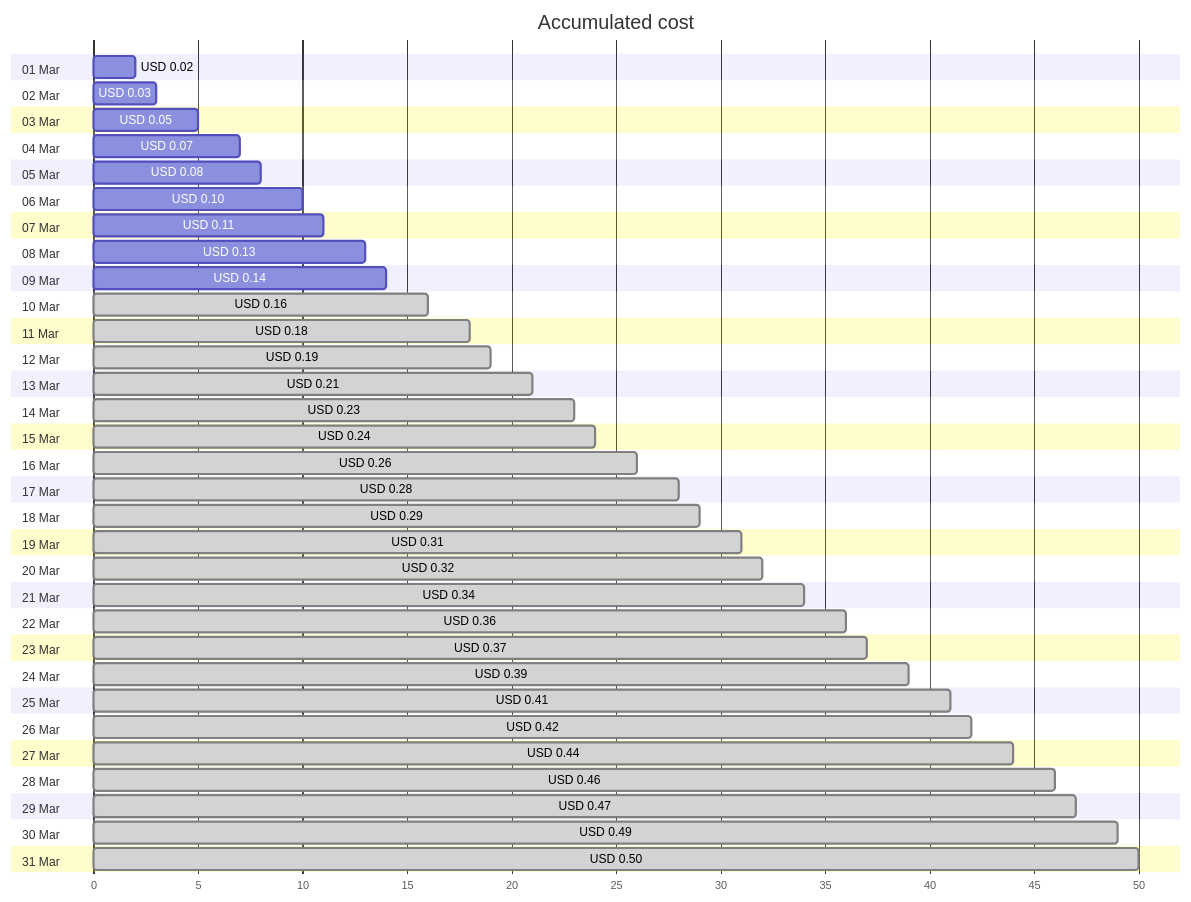
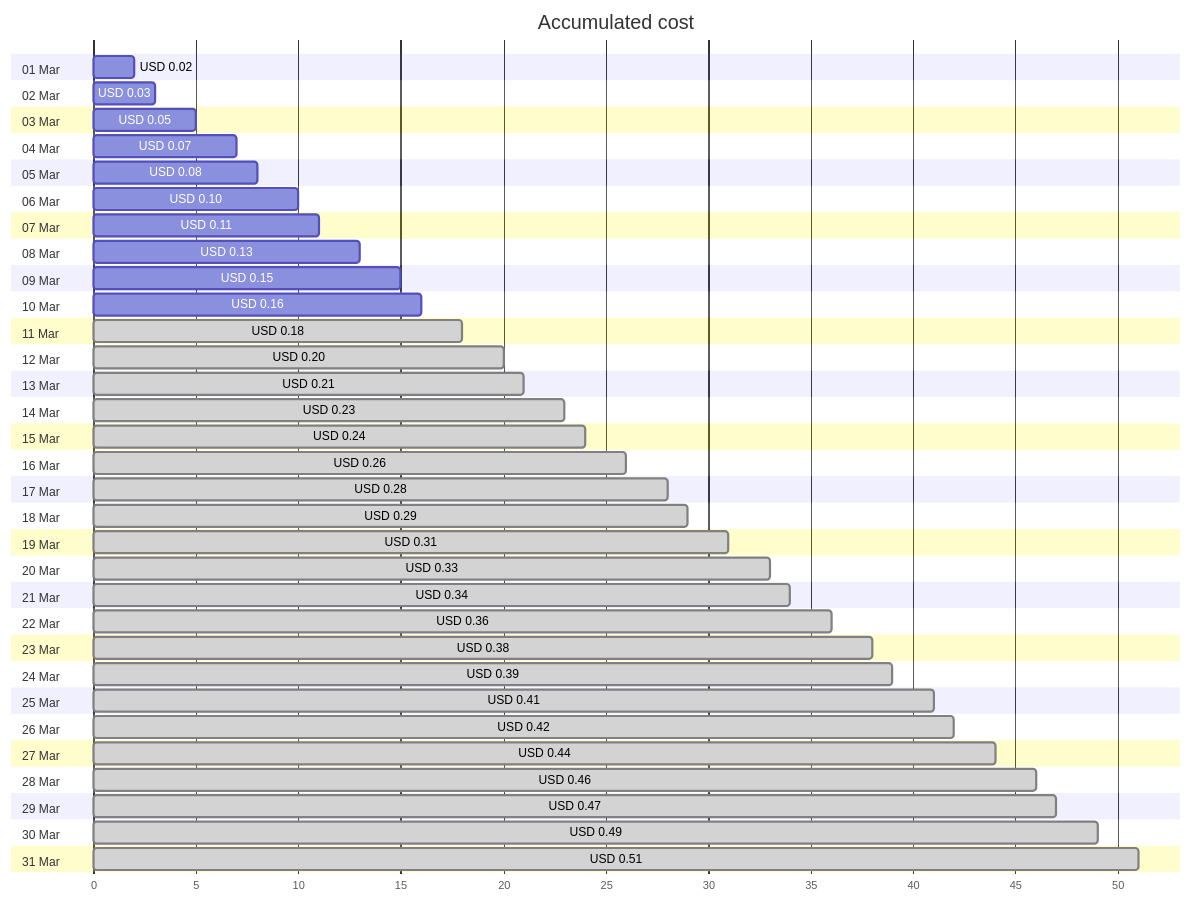
Before and after one commit to jpfulton/azure-personal-reports: the first of 4 diagrams in cost-reports/personal-dns/jpatrickfulton.com.md, drawn with Mermaid. The commit also changed other lines of this file and 2 other files, not shown here.

````diff
--- a/cost-reports/personal-dns/jpatrickfulton.com.md
+++ b/cost-reports/personal-dns/jpatrickfulton.com.md
@@ -20,68 +20,68 @@
 ```mermaid
 gantt
    title Accumulated cost
    dateFormat  X
    axisFormat %s
    section 01 Mar
    USD 0.02 :0, 2
    section 02 Mar
    USD 0.03 :0, 3
    section 03 Mar
    USD 0.05 :0, 5
    section 04 Mar
    USD 0.07 :0, 7
    section 05 Mar
    USD 0.08 :0, 8
    section 06 Mar
    USD 0.10 :0, 10
    section 07 Mar
    USD 0.11 :0, 11
    section 08 Mar
    USD 0.13 :0, 13
    section 09 Mar
-   USD 0.14 :0, 14
+   USD 0.15 :0, 15
    section 10 Mar
-   USD 0.16 : done, 0, 16
+   USD 0.16 :0, 16
    section 11 Mar
    USD 0.18 : done, 0, 18
    section 12 Mar
-   USD 0.19 : done, 0, 19
+   USD 0.20 : done, 0, 20
    section 13 Mar
    USD 0.21 : done, 0, 21
    section 14 Mar
    USD 0.23 : done, 0, 23
    section 15 Mar
    USD 0.24 : done, 0, 24
    section 16 Mar
    USD 0.26 : done, 0, 26
    section 17 Mar
    USD 0.28 : done, 0, 28
    section 18 Mar
    USD 0.29 : done, 0, 29
    section 19 Mar
    USD 0.31 : done, 0, 31
    section 20 Mar
-   USD 0.32 : done, 0, 32
+   USD 0.33 : done, 0, 33
    section 21 Mar
    USD 0.34 : done, 0, 34
    section 22 Mar
    USD 0.36 : done, 0, 36
    section 23 Mar
-   USD 0.37 : done, 0, 37
+   USD 0.38 : done, 0, 38
    section 24 Mar
    USD 0.39 : done, 0, 39
    section 25 Mar
    USD 0.41 : done, 0, 41
    section 26 Mar
    USD 0.42 : done, 0, 42
    section 27 Mar
    USD 0.44 : done, 0, 44
    section 28 Mar
    USD 0.46 : done, 0, 46
    section 29 Mar
    USD 0.47 : done, 0, 47
    section 30 Mar
    USD 0.49 : done, 0, 49
    section 31 Mar
-   USD 0.50 : done, 0, 50
+   USD 0.51 : done, 0, 51
 ```
````
